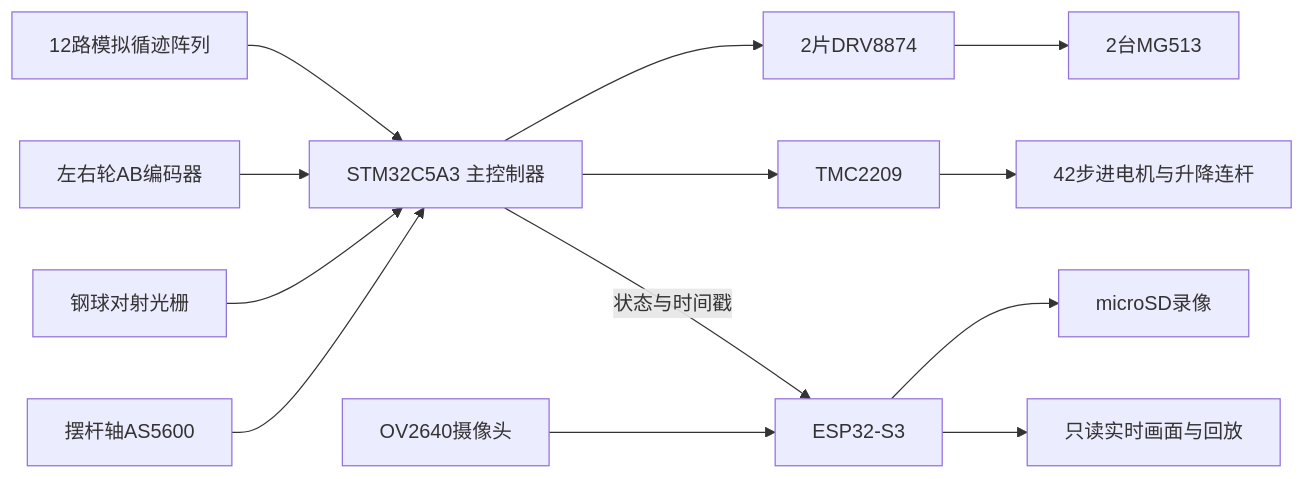
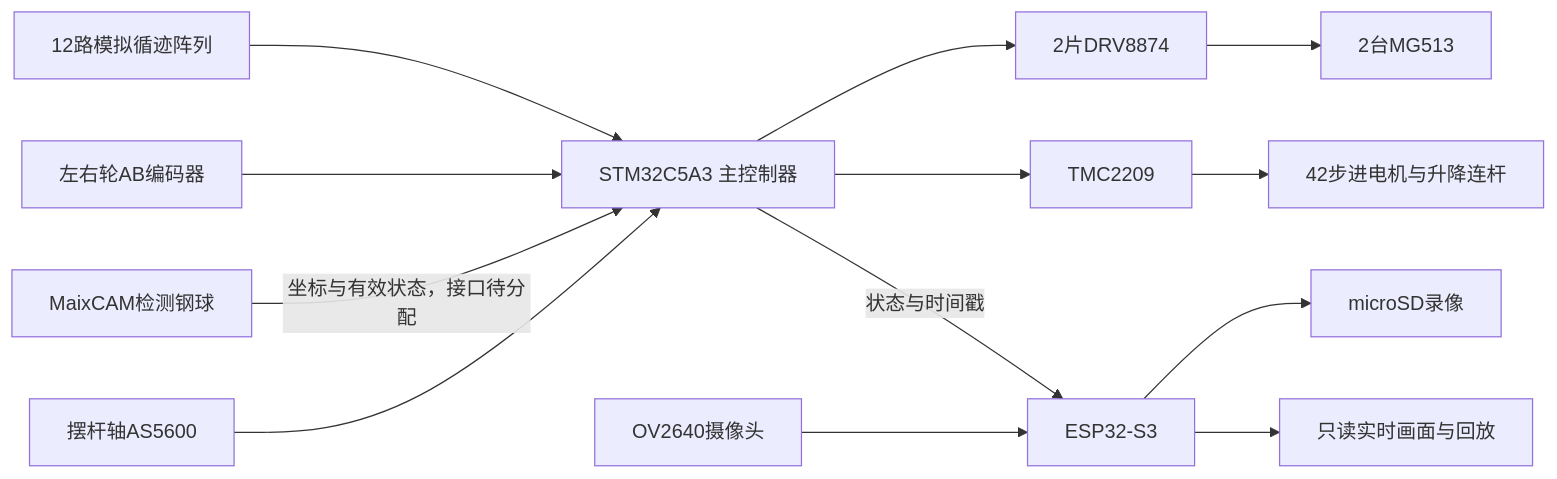
Before and after one commit to SmallCoral/c5-car: the diagram in Documentation/explanation/a-system-outline.md, drawn with Mermaid. The commit also changed other lines of this file and 927 other files, not shown here.

````diff
--- a/Documentation/explanation/a-system-outline.md
+++ b/Documentation/explanation/a-system-outline.md
@@ -32,15 +33,15 @@
 ```mermaid
 flowchart LR
     Track[12路模拟循迹阵列] --> STM[STM32C5A3 主控制器]
     Wheels[左右轮AB编码器] --> STM
-    Beam[钢球对射光栅] --> STM
+    Beam[MaixCAM检测钢球] -->|坐标与有效状态，接口待分配| STM
     Angle[摆杆轴AS5600] --> STM
     STM --> Drive[2片DRV8874]
     Drive --> Motors[2台MG513]
     STM --> Step[TMC2209]
     Step --> Actuator[42步进电机与升降连杆]
     Camera[OV2640摄像头] --> S3[ESP32-S3]
     S3 --> SD[microSD录像]
     S3 --> View[只读实时画面与回放]
     STM -->|状态与时间戳| S3
 ```
````
